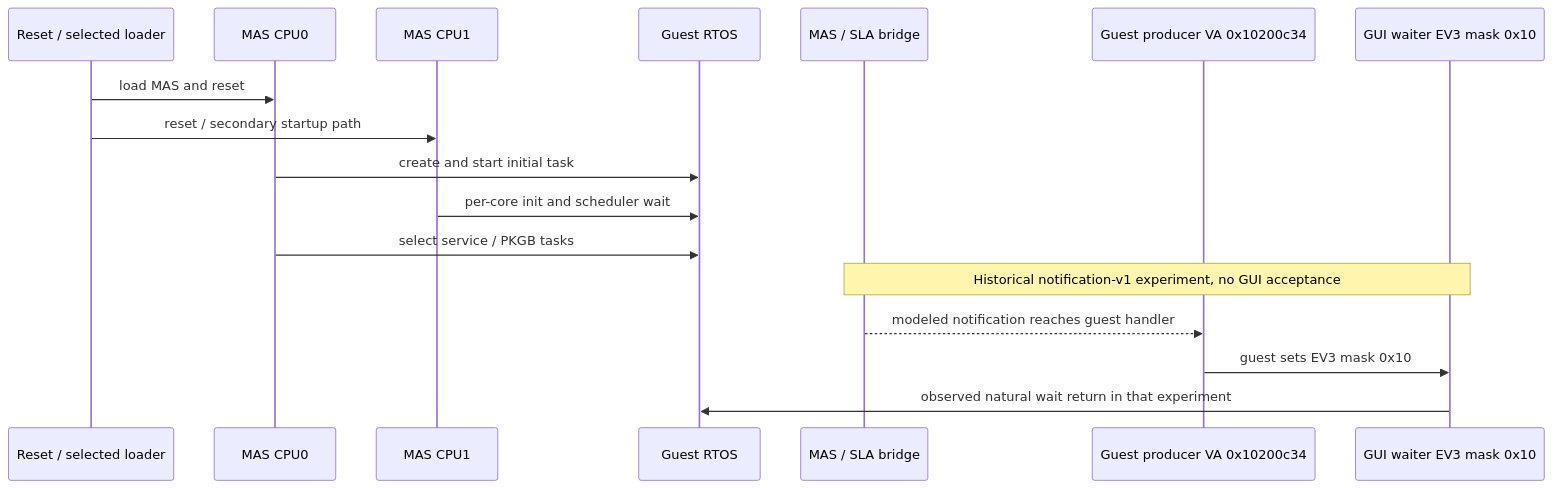
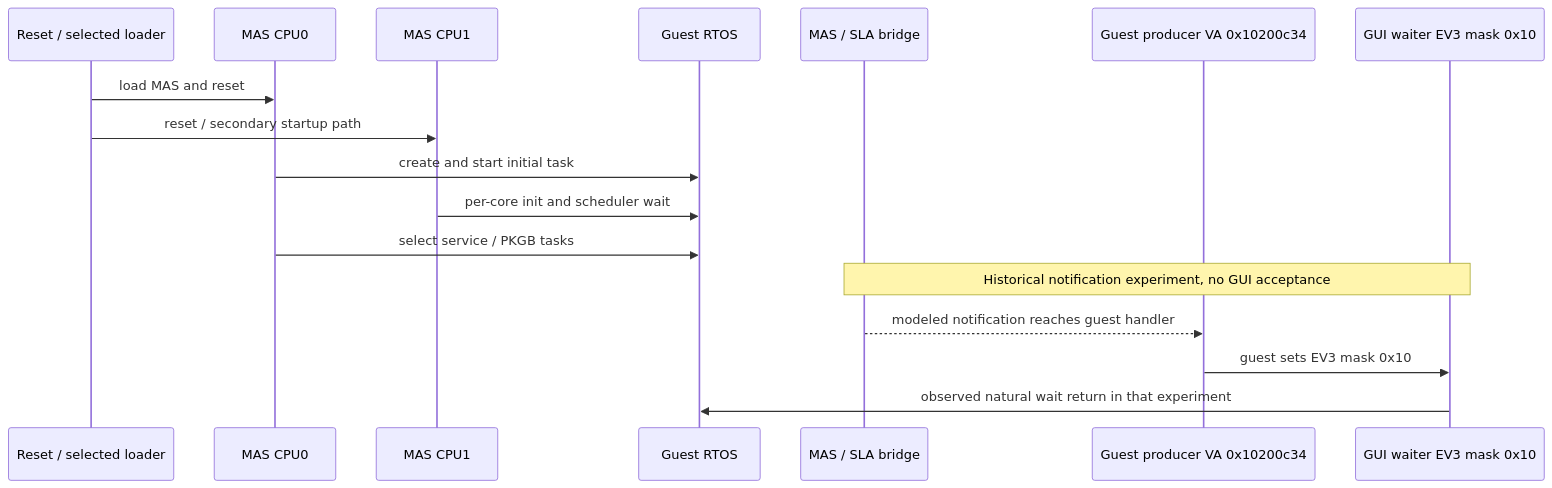
One commit to nightglasses/z7ii-qemu changed the fourth of 6 diagrams in docs/architecture.md. Above: the diagram before and after it, drawn with Mermaid. The commit also changed other lines of this file and 24 other files, not shown here.

````diff
--- a/docs/architecture.md
+++ b/docs/architecture.md
@@ -111,20 +111,20 @@
 ```mermaid
 sequenceDiagram
   participant R as Reset / selected loader
   participant C0 as MAS CPU0
   participant C1 as MAS CPU1
   participant K as Guest RTOS
   participant B as MAS / SLA bridge
   participant N as Guest producer VA 0x10200c34
   participant G as GUI waiter EV3 mask 0x10
 
   R->>C0: load MAS and reset
   R->>C1: reset / secondary startup path
   C0->>K: create and start initial task
   C1->>K: per-core init and scheduler wait
   C0->>K: select service / PKGB tasks
-  Note over B,G: Historical notification-v1 experiment, no GUI acceptance
+  Note over B,G: Historical notification experiment, no GUI acceptance
   B-->>N: modeled notification reaches guest handler
   N->>G: guest sets EV3 mask 0x10
   G->>K: observed natural wait return in that experiment
 ```
````
